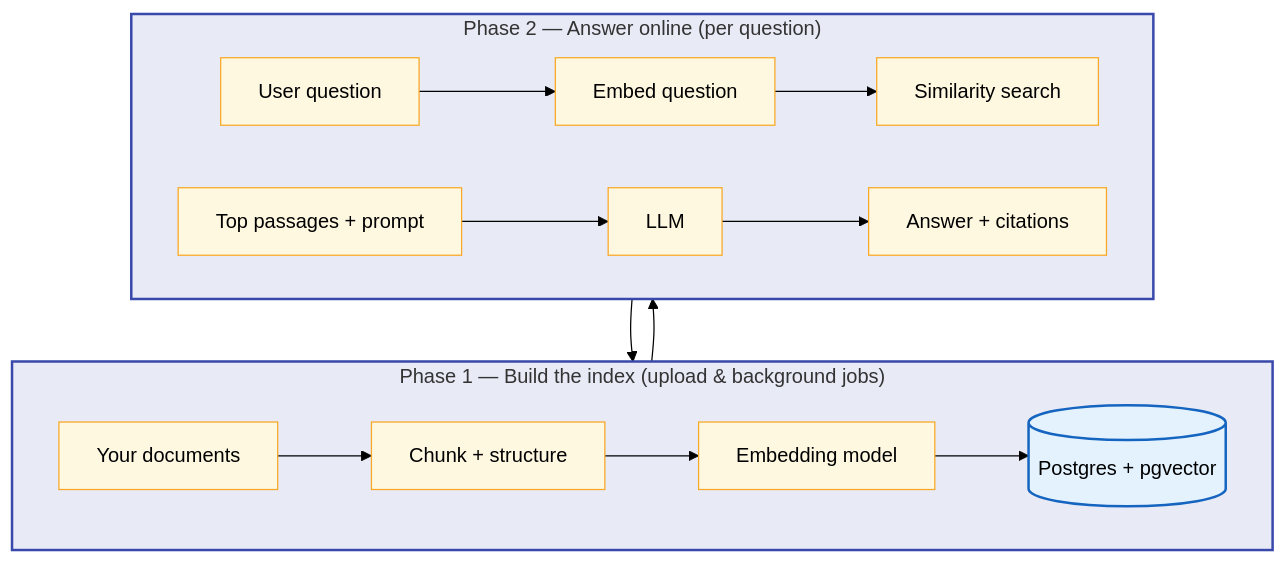
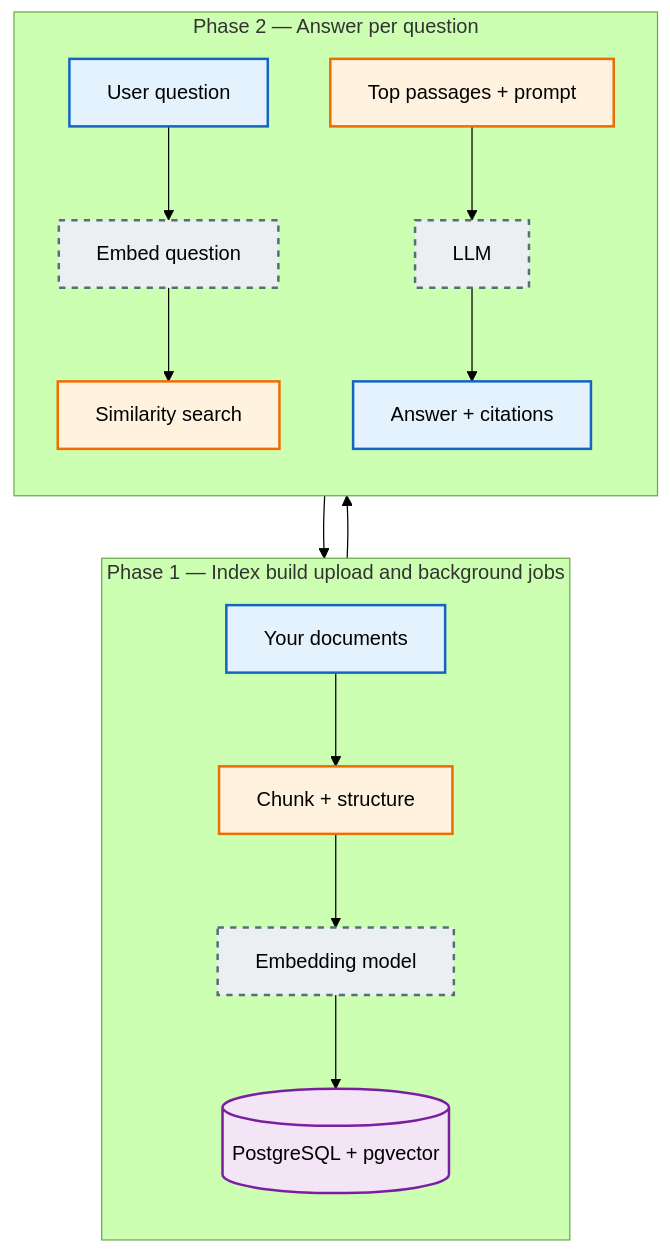
The diagram in docs/diagrams/sources/01-rag-two-phases.mmd (yeluru/openrag), drawn with Mermaid (forest theme) before and after one commit. The commit also changed 4 other files, not shown here.

Commit message:
mermaid diagram yml update

```diff
--- a/docs/diagrams/sources/01-rag-two-phases.mmd
+++ b/docs/diagrams/sources/01-rag-two-phases.mmd
@@ -1,23 +1,22 @@
 flowchart TB
-  classDef phase fill:#E8EAF6,stroke:#3949AB,stroke-width:2px
-  classDef store fill:#E3F2FD,stroke:#1565C0,stroke-width:2px
-  classDef action fill:#FFF8E1,stroke:#F9A825,stroke-width:1px
+  classDef client fill:#E3F2FD,stroke:#1565C0,stroke-width:2px
+  classDef domain fill:#FFF3E0,stroke:#EF6C00,stroke-width:2px
+  classDef data fill:#F3E5F5,stroke:#7B1FA2,stroke-width:2px
+  classDef ext fill:#ECEFF1,stroke:#546E7A,stroke-width:2px,stroke-dasharray: 5 5
 
-  subgraph P1["Phase 1 — Build the index (upload & background jobs)"]
-    direction LR
-    U[Your documents]:::action --> CH[Chunk + structure]:::action
-    CH --> EM[Embedding model]:::action
-    EM --> VS[(Postgres + pgvector)]:::store
+  subgraph T1["Phase 1 — Index build upload and background jobs"]
+    direction TB
+    U["Your documents"]:::client --> CH["Chunk + structure"]:::domain
+    CH --> EM["Embedding model"]:::ext
+    EM --> VS[("PostgreSQL + pgvector")]:::data
   end
 
-  subgraph P2["Phase 2 — Answer online (per question)"]
-    direction LR
-    Q[User question]:::action --> QE[Embed question]:::action
-    QE --> SR[Similarity search]:::action
+  subgraph T2["Phase 2 — Answer per question"]
+    direction TB
+    Q["User question"]:::client --> QE["Embed question"]:::ext
+    QE --> SR["Similarity search"]:::domain
     SR --> VS
-    VS --> CTX[Top passages + prompt]:::action
-    CTX --> LLM[LLM]:::action
-    LLM --> OUT[Answer + citations]:::action
+    VS --> CTX["Top passages + prompt"]:::domain
+    CTX --> LLM["LLM"]:::ext
+    LLM --> OUT["Answer + citations"]:::client
   end
-
-  class P1,P2 phase
```
